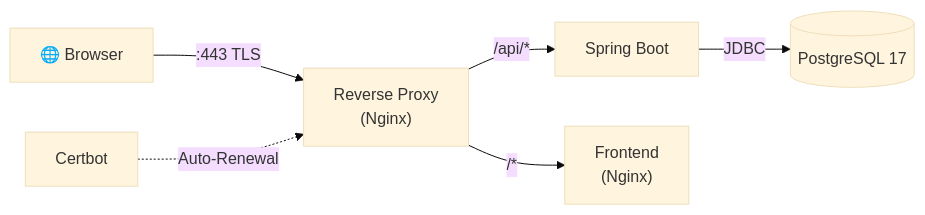
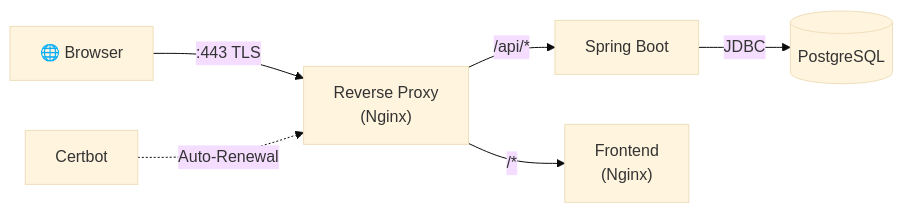
The fifth of 6 diagrams in docs/presentation.md (nicograef/lexiban), drawn with Mermaid (base theme) before and after one commit. The commit also changed other lines of this file, not shown here.

````diff
--- a/docs/presentation.md
+++ b/docs/presentation.md
@@ -342,8 +226,8 @@
 ```mermaid
 graph LR
     Browser["🌐 Browser"] -->|":443 TLS"| RP["Reverse Proxy\n(Nginx)"]
     RP -->|"/api/*"| Spring["Spring Boot"]
     RP -->|"/*"| Nginx["Frontend\n(Nginx)"]
-    Spring -->|"JDBC"| PG[("PostgreSQL 17")]
+    Spring -->|"JDBC"| PG[("PostgreSQL")]
     Certbot["Certbot"] -.->|"Auto-Renewal"| RP
 ```
````
